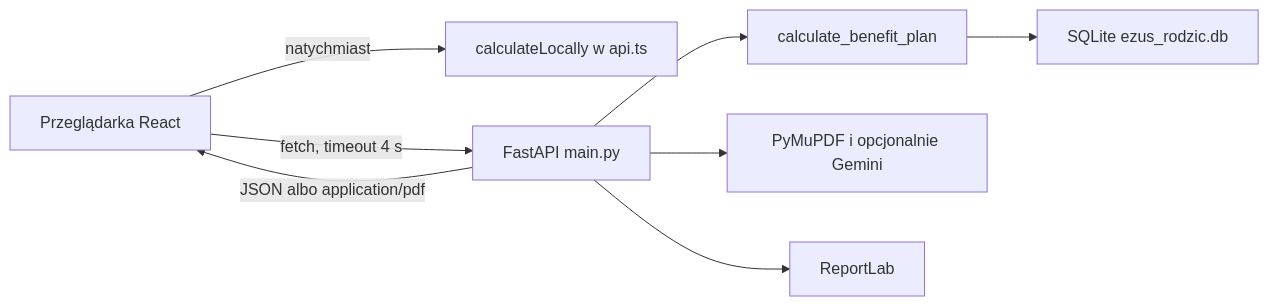
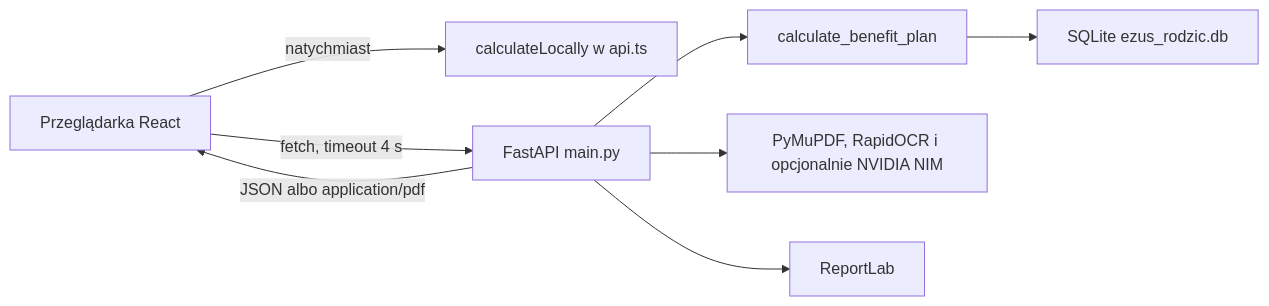
Before and after one commit to imxkamil/zppr: the diagram in DOKUMENTACJA.md, drawn with Mermaid. The commit also changed other lines of this file and 14 other files, not shown here.

````diff
--- a/DOKUMENTACJA.md
+++ b/DOKUMENTACJA.md
@@ -175,18 +177,18 @@
 ```mermaid
 flowchart LR
   Browser["Przeglądarka React"]
   Local["calculateLocally w api.ts"]
   API["FastAPI main.py"]
   Engine["calculate_benefit_plan"]
   DB["SQLite ezus_rodzic.db"]
-  PDF["PyMuPDF i opcjonalnie Gemini"]
+  PDF["PyMuPDF, RapidOCR i opcjonalnie NVIDIA NIM"]
   Out["ReportLab"]
 
   Browser -->|"natychmiast"| Local
   Browser -->|"fetch, timeout 4 s"| API
   API --> Engine
   Engine --> DB
   API --> PDF
   API --> Out
   API -->|"JSON albo application/pdf"| Browser
 ```
````
